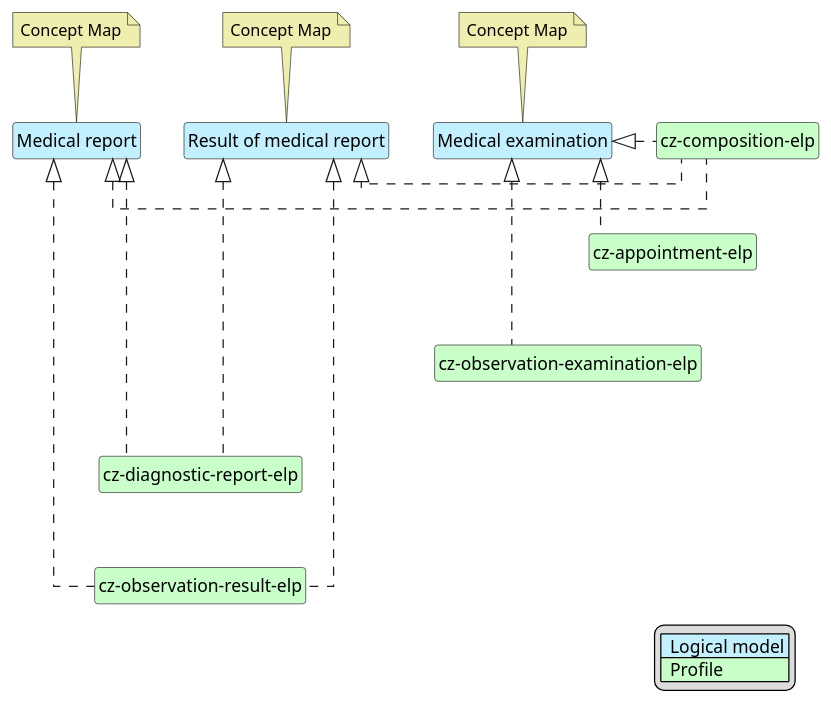
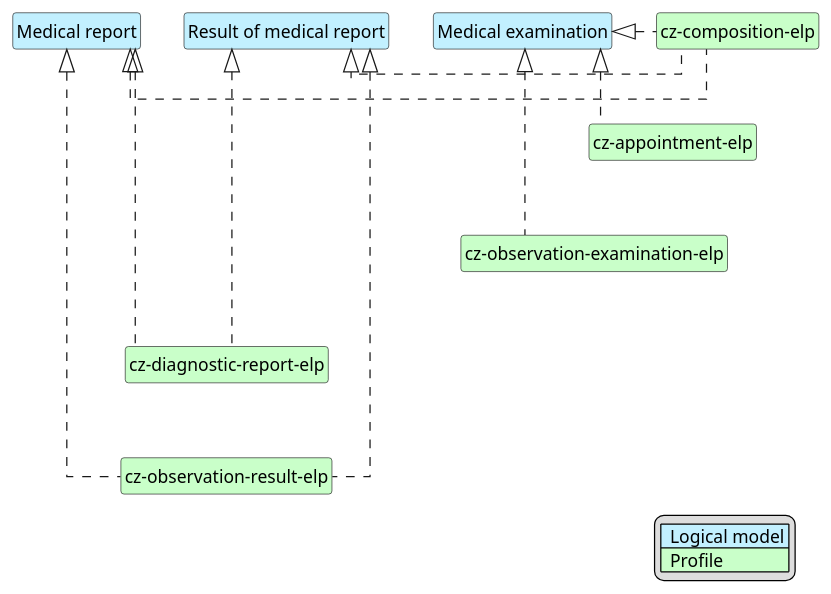
The diagram in input/images-source/elpBody-map.plantuml (HL7-cz/elp), drawn with PlantUML before and after one commit. The commit also changed 18 other files, not shown here.

```diff
--- a/input/images-source/elpBody-map.plantuml
+++ b/input/images-source/elpBody-map.plantuml
@@ -1,54 +1,45 @@
 @startuml
 hide circle
 hide stereotype
 hide members
 hide methods
 skinparam linetype ortho
 skinparam class {
 BackgroundColor<<LogicalModel>> #APPLICATION
 BackgroundColor<<Profile>> #TECHNOLOGY
 }
 legend right
 | <#APPLICATION>  Logical model |
 | <#TECHNOLOGY>  Profile |
 endlegend
 
 class "Medical examination" <<LogicalModel>> [[StructureDefinition-MedicalExaminationCz.html]]
-note top #EEEEAE [[ConceptMap-MedicalExamination2FHIR-cz.html]]
-Concept Map
-endnote
 
 class "Result of medical report" <<LogicalModel>> [[StructureDefinition-ResultCz.html]]
-note top #EEEEAE [[ConceptMap-Result2FHIR-cz.html]]
-Concept Map
-endnote
 
 class "Medical report" <<LogicalModel>> [[StructureDefinition-MedicalReportCz.html]]
-note top #EEEEAE [[ConceptMap-MedicalReport2FHIR-cz.html]]
-Concept Map
-endnote
 
 class "cz-composition-elp" <<Profile>> [[StructureDefinition-cz-composition-elp.html]]
 class "cz-appointment-elp" <<Profile>> [[StructureDefinition-cz-appointment-elp.html]]
 class "cz-observation-examination-elp" <<Profile>> [[StructureDefinition-cz-observation-examination-elp.html]]
 class "cz-diagnostic-report-elp" <<Profile>> [[StructureDefinition-cz-diagnostic-report-elp.html]]
 class "cz-observation-result-elp" <<Profile>> [[StructureDefinition-cz-observation-result-elp.html]]
 
 "Medical examination" <|. "cz-composition-elp"
 "Medical examination" <|. "cz-appointment-elp"
 "Medical examination" <|. "cz-observation-examination-elp"
 
 "Medical report" <|. "cz-composition-elp"
 "Medical report" <|. "cz-diagnostic-report-elp"
 "Medical report" <|. "cz-observation-result-elp"
 
 "Result of medical report" <|. "cz-composition-elp"
 "Result of medical report" <|. "cz-diagnostic-report-elp"
 "Result of medical report" <|. "cz-observation-result-elp"
 
 "cz-composition-elp" -d[hidden]-> "cz-appointment-elp"
 "cz-appointment-elp" -d[hidden]-> "cz-observation-examination-elp"
 "cz-observation-examination-elp" -d[hidden]-> "cz-diagnostic-report-elp"
 "cz-diagnostic-report-elp" -d[hidden]-> "cz-observation-result-elp"
 
 @enduml
```
